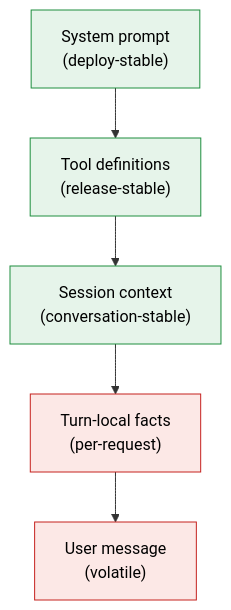
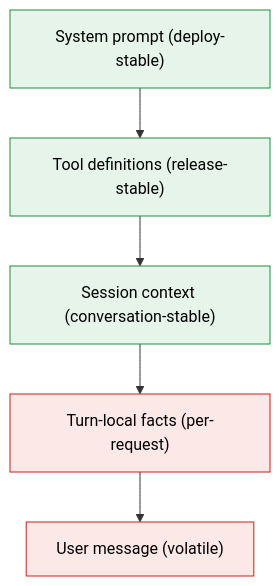
One commit to herohua/tech-notes changed the first of 2 diagrams in notes/prompt-caching-end-to-end.md. Above: the diagram before and after it, drawn with Mermaid. The commit also changed other lines of this file, not shown here.

Commit message:
Fix mermaid diagrams: remove <br/> and braces that break GitHub render

````diff
--- a/notes/prompt-caching-end-to-end.md
+++ b/notes/prompt-caching-end-to-end.md
@@ -45,11 +45,11 @@
 ```mermaid
 flowchart TD
-    A["System prompt<br/>(deploy-stable)"] --> B["Tool definitions<br/>(release-stable)"]
-    B --> C["Session context<br/>(conversation-stable)"]
-    C --> D["Turn-local facts<br/>(per-request)"]
-    D --> E["User message<br/>(volatile)"]
+    A["System prompt (deploy-stable)"] --> B["Tool definitions (release-stable)"]
+    B --> C["Session context (conversation-stable)"]
+    C --> D["Turn-local facts (per-request)"]
+    D --> E["User message (volatile)"]
     classDef cached fill:#e6f4ea,stroke:#1e8e3e,color:#000
     classDef hot fill:#fce8e6,stroke:#c5221f,color:#000
     class A,B,C cached
     class D,E hot
 ```
````
